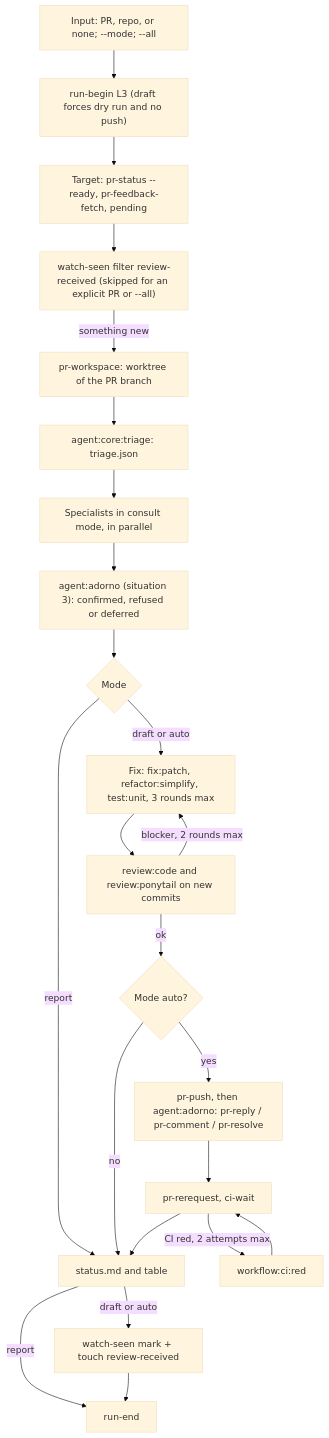
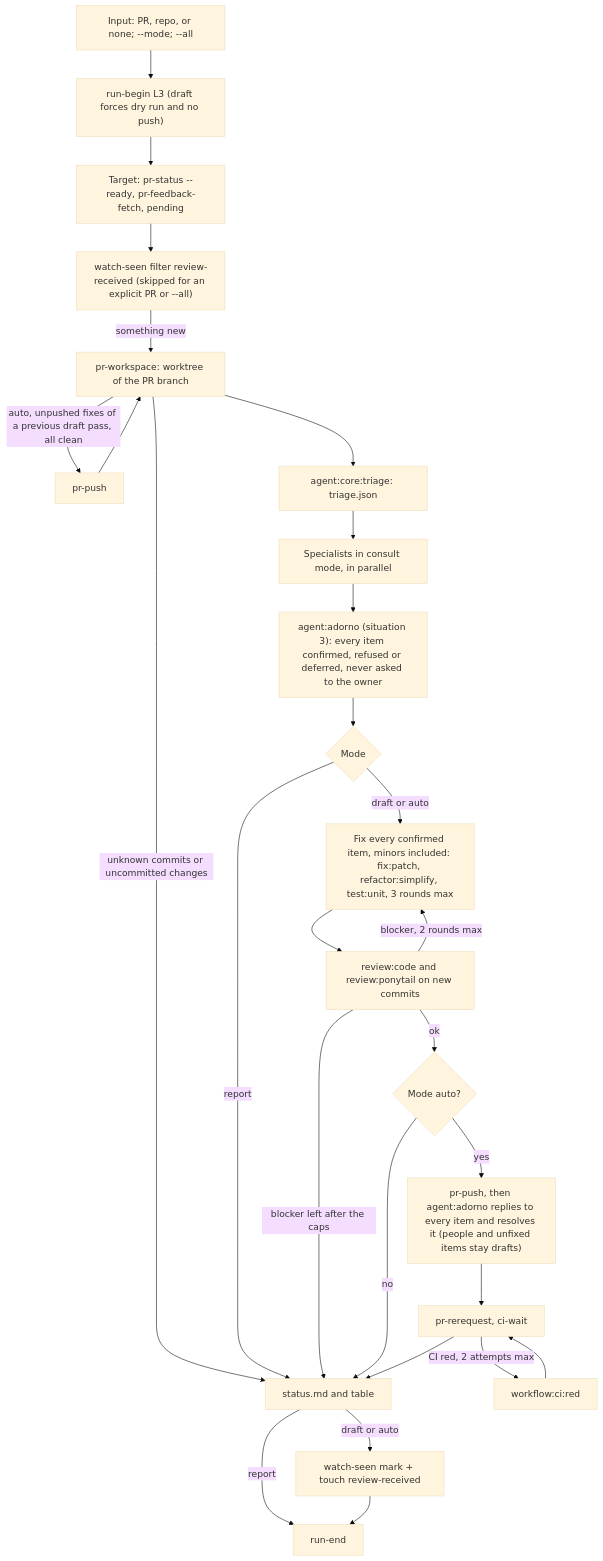
Before and after one commit to nicolasmondain/adorno: the first of 2 diagrams in src/workflows/review/SCHEMA.md, drawn with Mermaid (base theme). The commit also changed 16 other files, not shown here.

First line of the commit message:
feat(workflows): let review:received rule, fix and resolve every thread without asking (#7)

````diff
--- a/src/workflows/review/SCHEMA.md
+++ b/src/workflows/review/SCHEMA.md
@@ -5,25 +5,29 @@
 ```mermaid
 flowchart TD
   A["Input: PR, repo, or none; --mode; --all"] --> B["run-begin L3 (draft forces dry run and no push)"]
   B --> C["Target: pr-status --ready, pr-feedback-fetch, pending"]
   C --> S["watch-seen filter review-received (skipped for an explicit PR or --all)"]
   S -->|"something new"| D["pr-workspace: worktree of the PR branch"]
+  D -->|"auto, unpushed fixes of a previous draft pass, all clean"| DP["pr-push"]
+  DP --> D
+  D -->|"unknown commits or uncommitted changes"| N
   D --> E["agent:core:triage: triage.json"]
   E --> F["Specialists in consult mode, in parallel"]
-  F --> G["agent:adorno (situation 3): confirmed, refused or deferred"]
+  F --> G["agent:adorno (situation 3): every item confirmed, refused or deferred, never asked to the owner"]
   G --> H{"Mode"}
   H -->|"report"| N["status.md and table"]
-  H -->|"draft or auto"| I["Fix: fix:patch, refactor:simplify, test:unit, 3 rounds max"]
+  H -->|"draft or auto"| I["Fix every confirmed item, minors included: fix:patch, refactor:simplify, test:unit, 3 rounds max"]
   I --> J["review:code and review:ponytail on new commits"]
   J -->|"blocker, 2 rounds max"| I
+  J -->|"blocker left after the caps"| N
   J -->|"ok"| K{"Mode auto?"}
   K -->|"no"| N
-  K -->|"yes"| L["pr-push, then agent:adorno: pr-reply / pr-comment / pr-resolve"]
+  K -->|"yes"| L["pr-push, then agent:adorno replies to every item and resolves it (people and unfixed items stay drafts)"]
   L --> M["pr-rerequest, ci-wait"]
   M -->|"CI red, 2 attempts max"| R["workflow:ci:red"]
   R --> M
   M --> N
   N -->|"draft or auto"| P["watch-seen mark + touch review-received"]
   N -->|"report"| O
   P --> O["run-end"]
 ```
````
